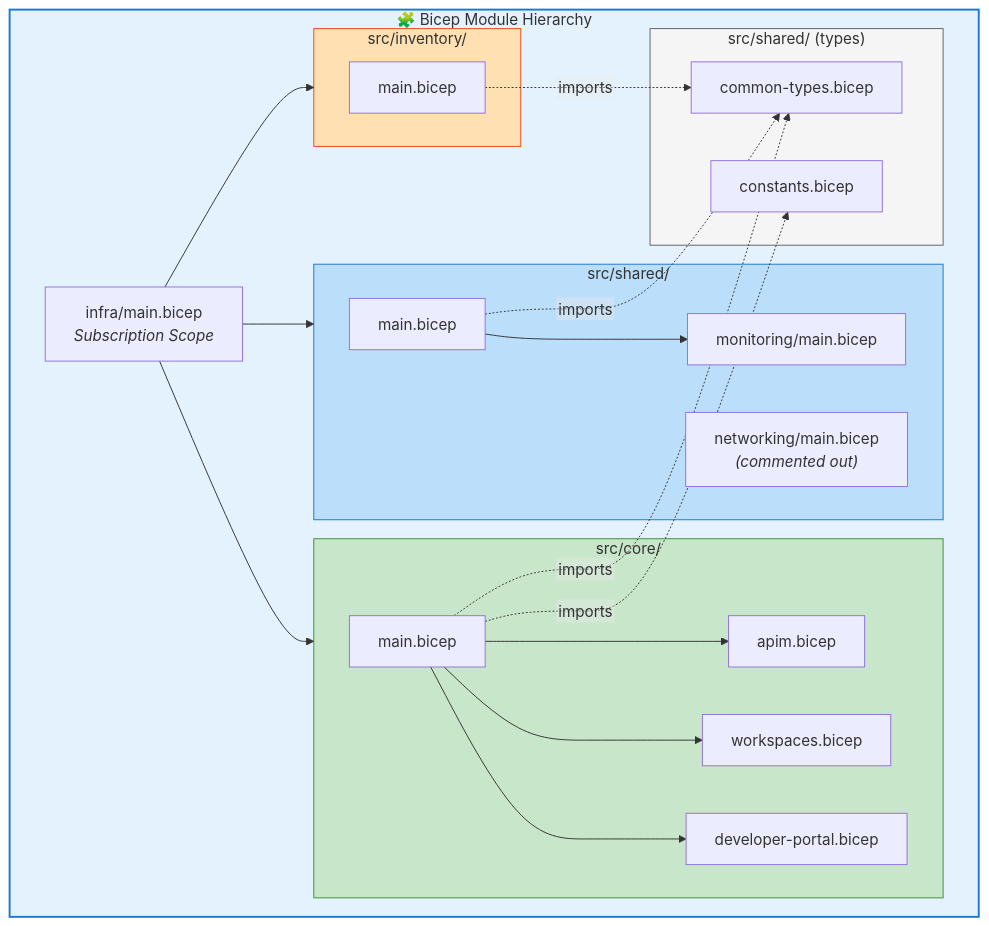
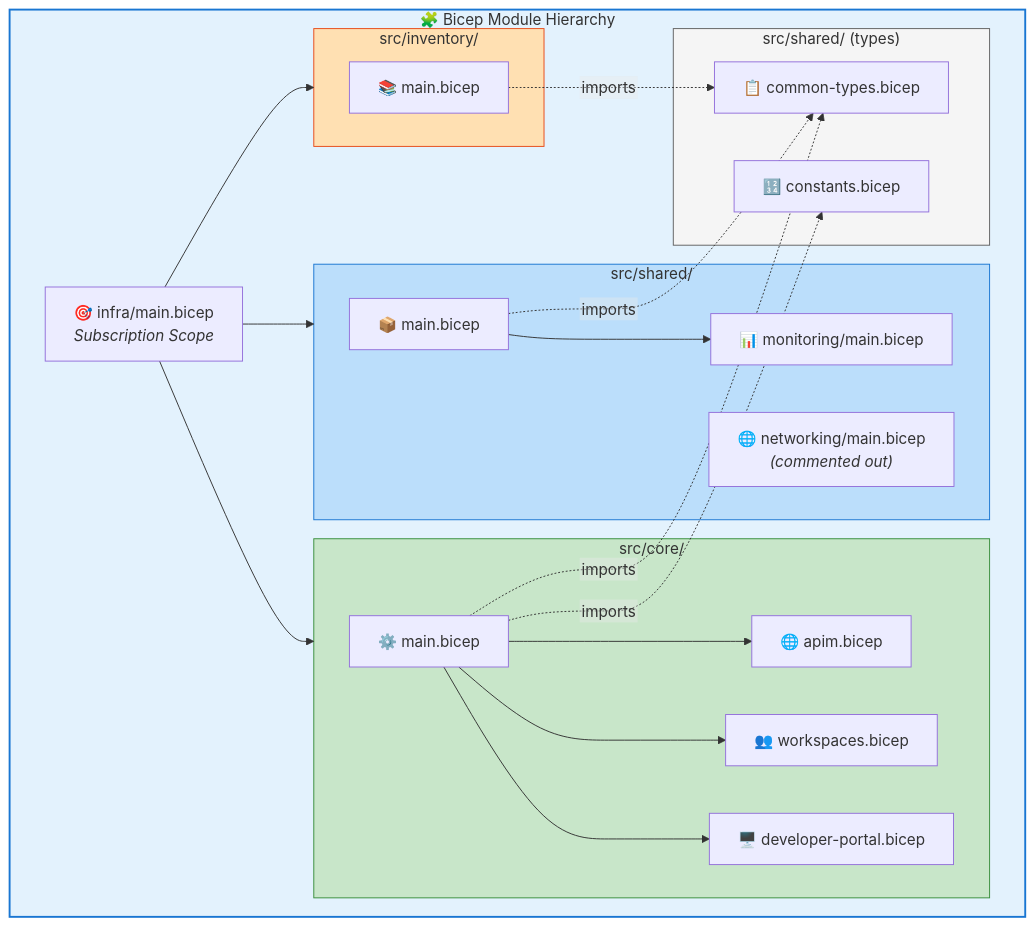
The fourth of 6 diagrams in docs/architecture/DevOps_Architecture_Document.md (Evilazaro/APIM-Accelerator), drawn with Mermaid before and after one commit. The commit also changed other lines of this file and 1 other file, not shown here.

Commit message:
Enhance architecture documents with improved icons and formatting for clarity and visual appeal

````diff
--- a/docs/architecture/DevOps_Architecture_Document.md
+++ b/docs/architecture/DevOps_Architecture_Document.md
@@ -294,49 +294,49 @@
 ```mermaid
 %%{init: {"flowchart": {"htmlLabels": false}} }%%
 flowchart TB
     subgraph modules["🧩 Bicep Module Hierarchy"]
-        main["infra/main.bicep<br/><i>Subscription Scope</i>"]
+        main["🎯 infra/main.bicep<br/><i>Subscription Scope</i>"]
 
         subgraph shared_mod["src/shared/"]
-            shared_main["main.bicep"]
-            monitoring["monitoring/main.bicep"]
-            networking["networking/main.bicep<br/><i>(commented out)</i>"]
+            shared_main["📦 main.bicep"]
+            monitoring["📊 monitoring/main.bicep"]
+            networking["🌐 networking/main.bicep<br/><i>(commented out)</i>"]
         end
 
         subgraph core_mod["src/core/"]
-            core_main["main.bicep"]
-            apim["apim.bicep"]
-            workspaces["workspaces.bicep"]
-            portal["developer-portal.bicep"]
+            core_main["⚙️ main.bicep"]
+            apim["🌐 apim.bicep"]
+            workspaces["👥 workspaces.bicep"]
+            portal["🖥️ developer-portal.bicep"]
         end
 
         subgraph inventory_mod["src/inventory/"]
-            inventory_main["main.bicep"]
+            inventory_main["📚 main.bicep"]
         end
 
         subgraph common["src/shared/ (types)"]
-            types["common-types.bicep"]
-            constants["constants.bicep"]
+            types["📋 common-types.bicep"]
+            constants["🔢 constants.bicep"]
         end
 
         main --> shared_mod
         main --> core_mod
         main --> inventory_mod
 
         shared_main --> monitoring
         core_main --> apim
         core_main --> workspaces
         core_main --> portal
 
         core_main -.->|imports| types
         core_main -.->|imports| constants
         shared_main -.->|imports| types
         inventory_main -.->|imports| types
     end
 
     style modules fill:#E3F2FD,stroke:#1976D2,stroke-width:2px
     style shared_mod fill:#BBDEFB,stroke:#1976D2,stroke-width:1px
     style core_mod fill:#C8E6C9,stroke:#388E3C,stroke-width:1px
     style inventory_mod fill:#FFE0B2,stroke:#E64A19,stroke-width:1px
     style common fill:#F5F5F5,stroke:#616161,stroke-width:1px
 ```
````
